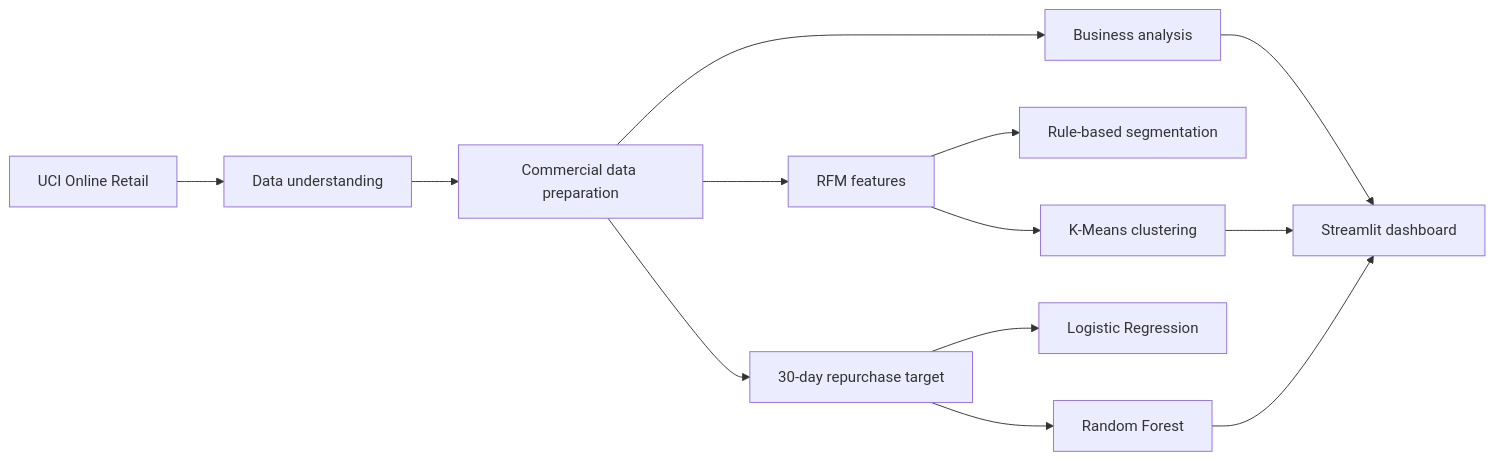
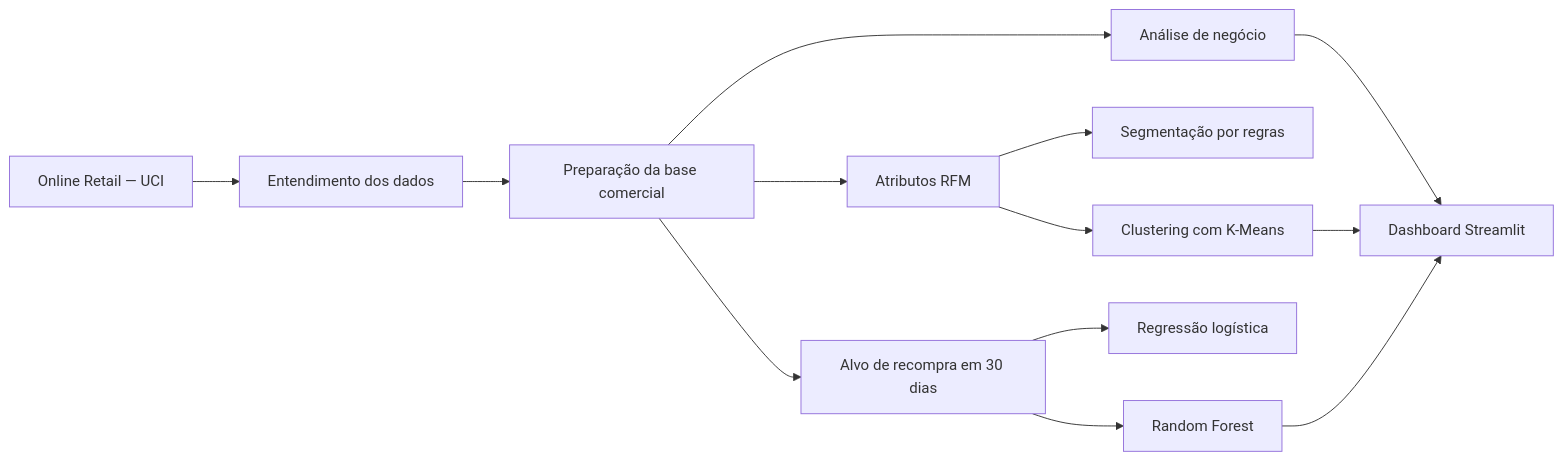
The diagram in README.md (AnandaFigueiredo/retail-intelligence-ml), drawn with Mermaid before and after one commit. The commit also changed other lines of this file, not shown here.

````diff
--- a/README.md
+++ b/README.md
@@ -31,15 +31,15 @@
 ```mermaid
 flowchart LR
-    A[UCI Online Retail] --> B[Data understanding]
-    B --> C[Commercial data preparation]
-    C --> D[Business analysis]
-    C --> E[RFM features]
-    E --> F[Rule-based segmentation]
-    E --> G[K-Means clustering]
-    C --> H[30-day repurchase target]
-    H --> I[Logistic Regression]
+    A[Online Retail — UCI] --> B[Entendimento dos dados]
+    B --> C[Preparação da base comercial]
+    C --> D[Análise de negócio]
+    C --> E[Atributos RFM]
+    E --> F[Segmentação por regras]
+    E --> G[Clustering com K-Means]
+    C --> H[Alvo de recompra em 30 dias]
+    H --> I[Regressão logística]
     H --> J[Random Forest]
-    D --> K[Streamlit dashboard]
+    D --> K[Dashboard Streamlit]
     G --> K
     J --> K
 ```
````
